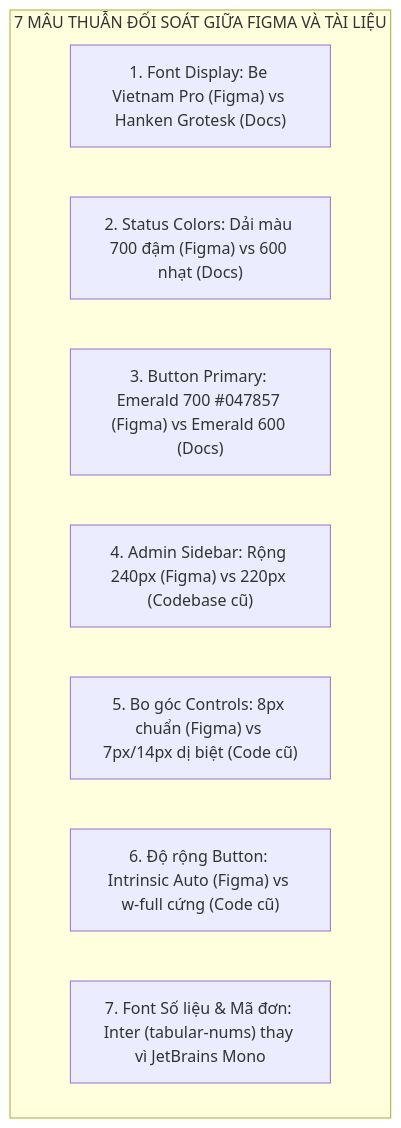
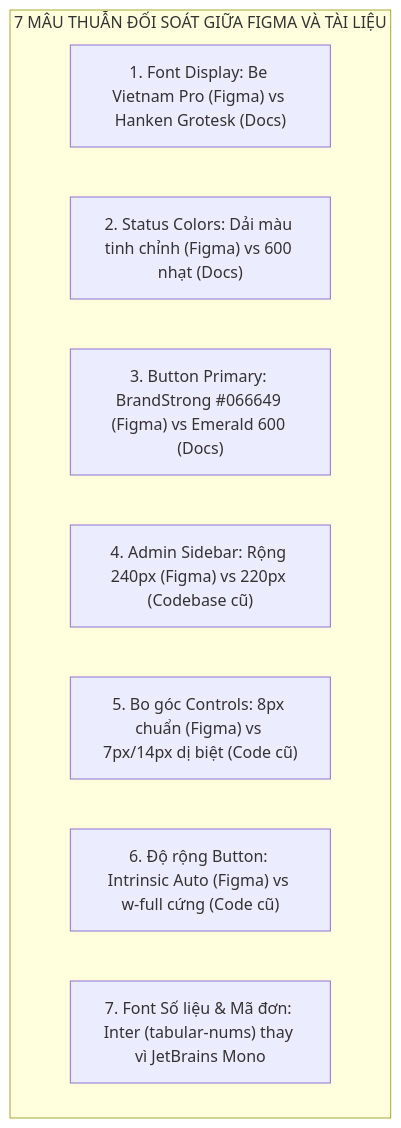
Before and after one commit to BOI0808/shuttle-vn-frontend: the diagram in docs/ui-redesign/DESIGN_SYSTEM.md, drawn with Mermaid. The commit also changed other lines of this file, not shown here.

````diff
--- a/docs/ui-redesign/DESIGN_SYSTEM.md
+++ b/docs/ui-redesign/DESIGN_SYSTEM.md
@@ -708,12 +719,12 @@
 ```mermaid
 graph TD
     subgraph Discrepancies["7 MÂU THUẪN ĐỐI SOÁT GIỮA FIGMA VÀ TÀI LIỆU"]
         D1["1. Font Display: Be Vietnam Pro (Figma) vs Hanken Grotesk (Docs)"]
-        D2["2. Status Colors: Dải màu 700 đậm (Figma) vs 600 nhạt (Docs)"]
-        D3["3. Button Primary: Emerald 700 #047857 (Figma) vs Emerald 600 (Docs)"]
+        D2["2. Status Colors: Dải màu tinh chỉnh (Figma) vs 600 nhạt (Docs)"]
+        D3["3. Button Primary: BrandStrong #066649 (Figma) vs Emerald 600 (Docs)"]
         D4["4. Admin Sidebar: Rộng 240px (Figma) vs 220px (Codebase cũ)"]
         D5["5. Bo góc Controls: 8px chuẩn (Figma) vs 7px/14px dị biệt (Code cũ)"]
         D6["6. Độ rộng Button: Intrinsic Auto (Figma) vs w-full cứng (Code cũ)"]
         D7["7. Font Số liệu & Mã đơn: Inter (tabular-nums) thay vì JetBrains Mono"]
     end
 ```
````
